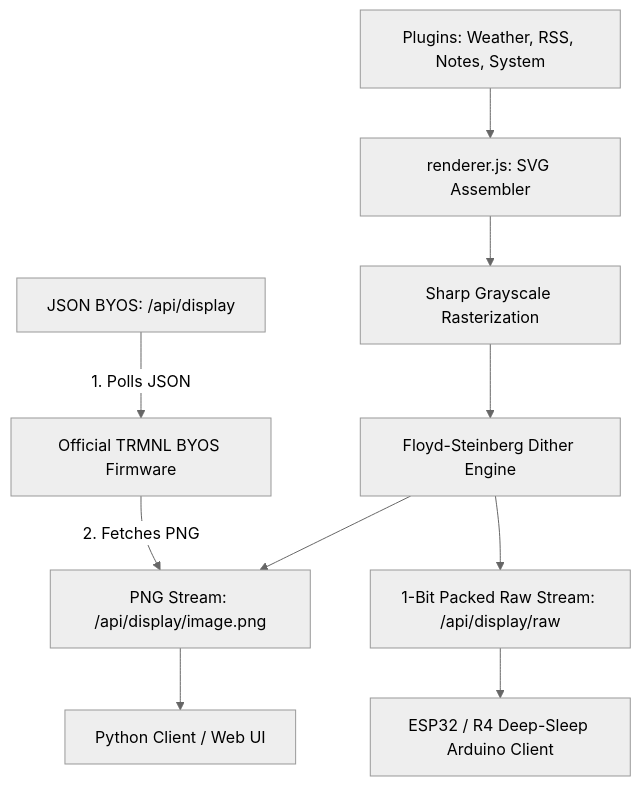
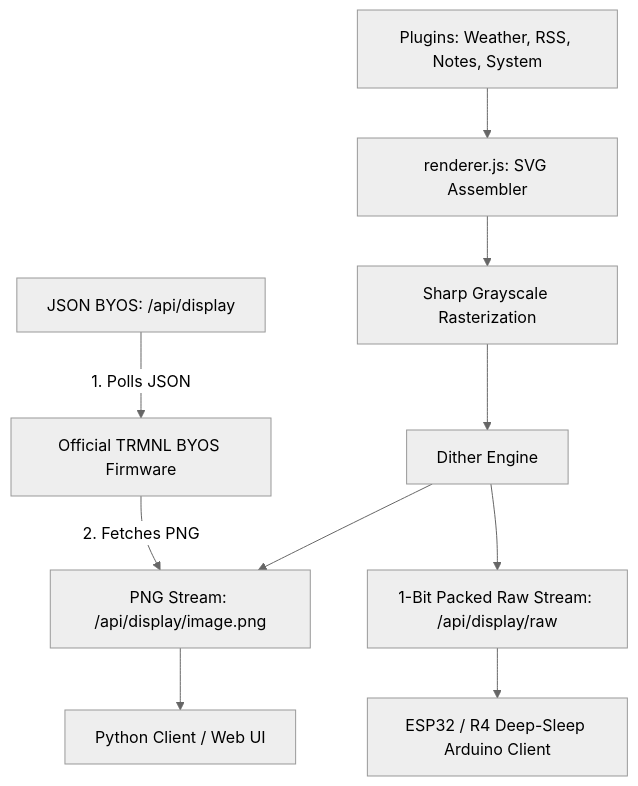
One commit to DerrickJEvans/inkflow-eink changed the diagram in README.md. Above: the diagram before and after it, drawn with Mermaid (neutral theme).

Commit message:
Update diagram label from 'Floyd-Steinberg Dither Engine' to 'Dither Engine'

````diff
--- a/README.md
+++ b/README.md
@@ -15,15 +15,15 @@
 ```mermaid
 graph TD
     A[Plugins: Weather, RSS, Notes, System] --> B[renderer.js: SVG Assembler]
     B --> C[Sharp Grayscale Rasterization]
-    C --> D[Floyd-Steinberg Dither Engine]
+    C --> D[Dither Engine]
     
     D --> E[PNG Stream: /api/display/image.png]
     D --> F[1-Bit Packed Raw Stream: /api/display/raw]
     
     E --> G[Python Client / Web UI]
     F --> H[ESP32 / R4 Deep-Sleep Arduino Client]
     
     I[JSON BYOS: /api/display] -->|1. Polls JSON| J[Official TRMNL BYOS Firmware]
     J -->|2. Fetches PNG| E
 ```
````
